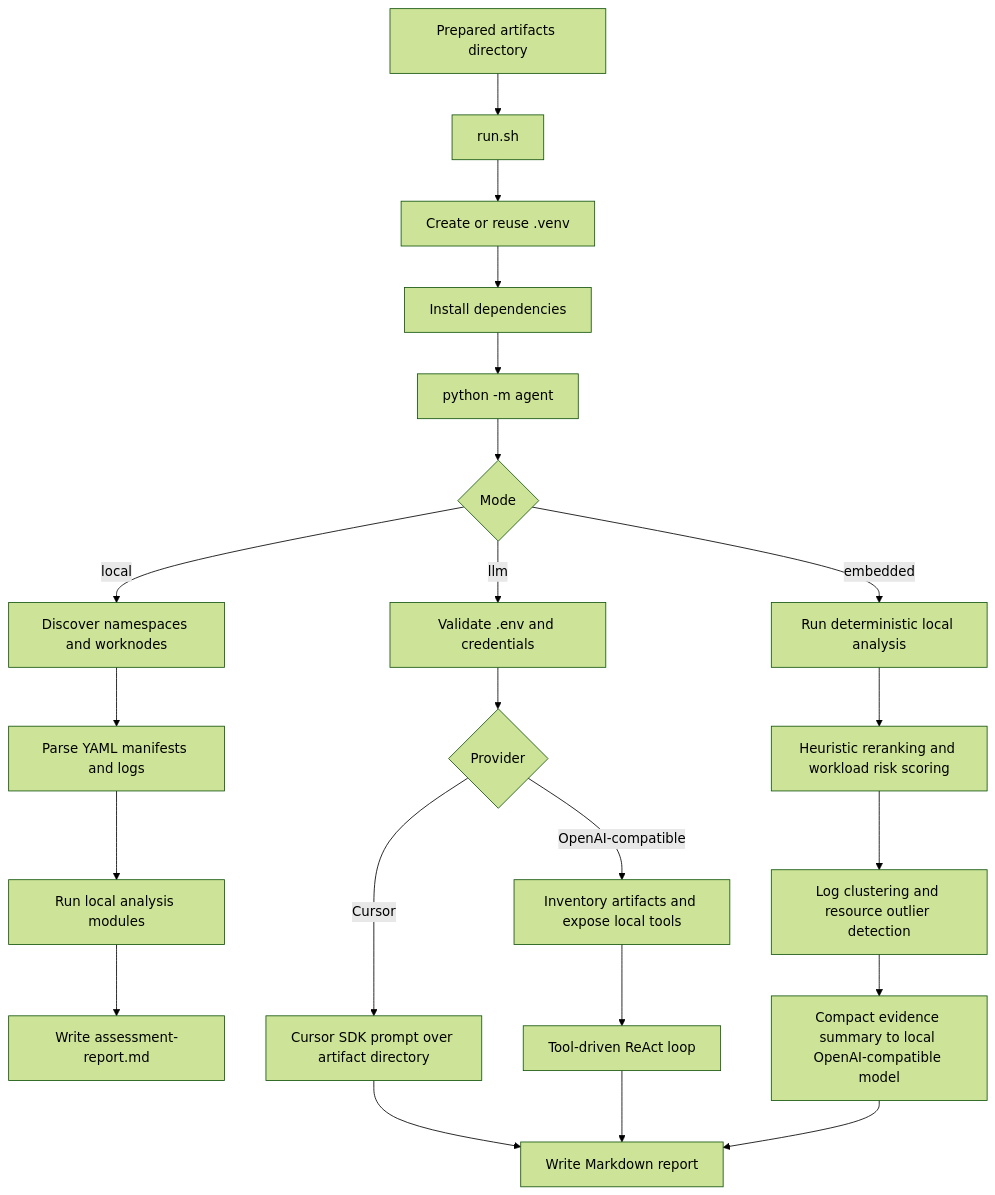
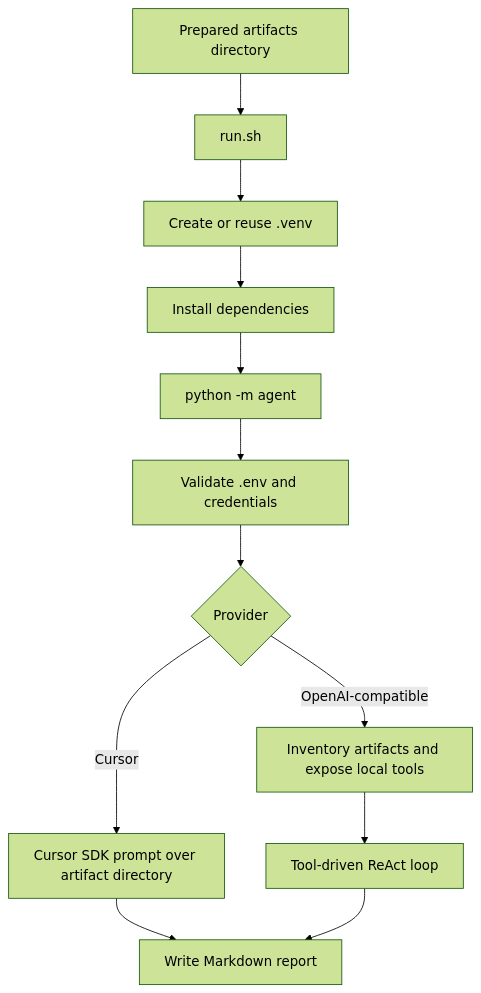
One commit to ShiftWise-AI/kubeoptix-analyzer changed the diagram in README.md. Above: the diagram before and after it, drawn with Mermaid (forest theme). The commit also changed other lines of this file and 15 other files, not shown here.

````diff
--- a/README.md
+++ b/README.md
@@ -331,26 +280,14 @@
 ```mermaid
 flowchart TD
     A[Prepared artifacts directory] --> B[run.sh]
     B --> C[Create or reuse .venv]
     C --> D[Install dependencies]
     D --> E[python -m agent]
-    E --> F{Mode}
-
-    F -->|local| G[Discover namespaces and worknodes]
-    G --> H[Parse YAML manifests and logs]
-    H --> I[Run local analysis modules]
-    I --> J[Write assessment-report.md]
-
-    F -->|llm| K[Validate .env and credentials]
-    K --> L{Provider}
-    L -->|Cursor| M[Cursor SDK prompt over artifact directory]
-    L -->|OpenAI-compatible| N[Inventory artifacts and expose local tools]
-    N --> O[Tool-driven ReAct loop]
-    F -->|embedded| Q[Run deterministic local analysis]
-    Q --> R[Heuristic reranking and workload risk scoring]
-    R --> S[Log clustering and resource outlier detection]
-    S --> T[Compact evidence summary to local OpenAI-compatible model]
-    M --> P[Write Markdown report]
-    O --> P
-    T --> P
+    E --> F[Validate .env and credentials]
+    F --> G{Provider}
+    G -->|Cursor| H[Cursor SDK prompt over artifact directory]
+    G -->|OpenAI-compatible| I[Inventory artifacts and expose local tools]
+    I --> J[Tool-driven ReAct loop]
+    H --> K[Write Markdown report]
+    J --> K
 ```
````
